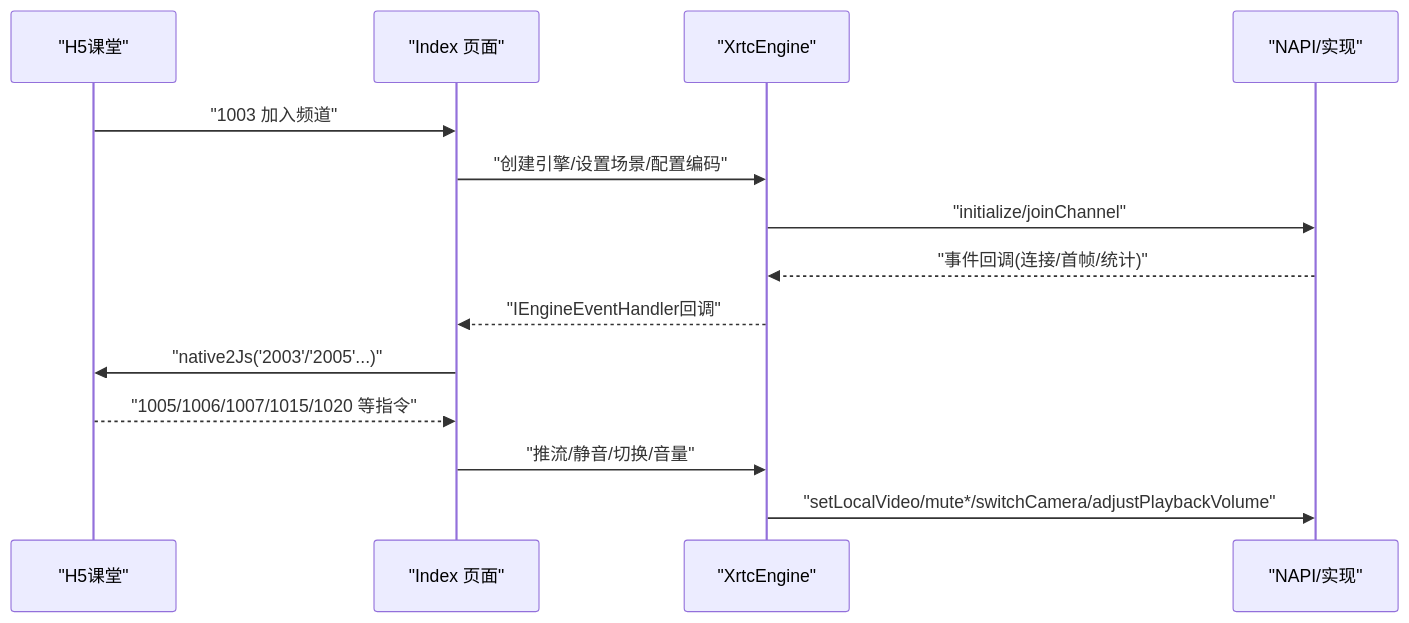
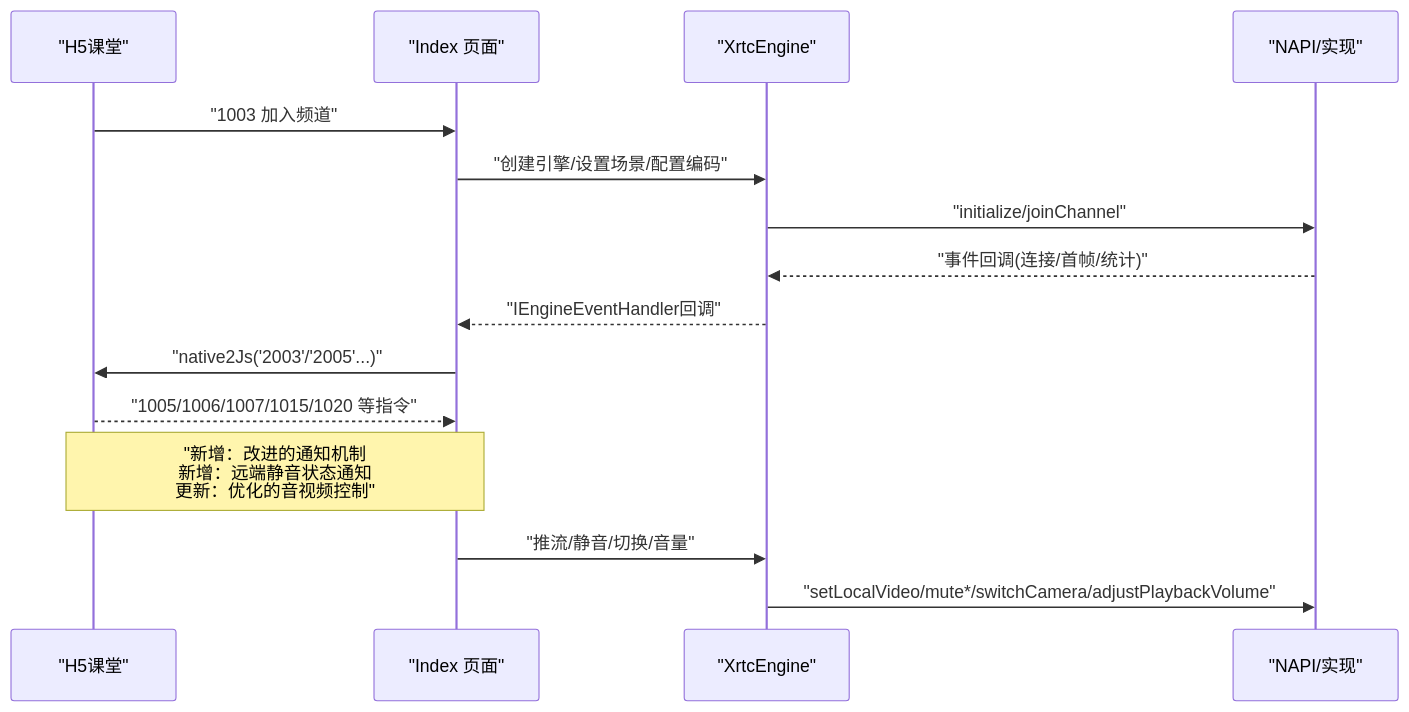
Before and after one commit to huz1xuan/harmony_XDY: the second of 9 diagrams in .qoder/repowiki/zh/content/主要功能模块/音视频通话系统/音视频通话系统.md, drawn with Mermaid. The commit also changed other lines of this file and 15 other files, not shown here.

````diff
--- a/.qoder/repowiki/zh/content/主要功能模块/音视频通话系统/音视频通话系统.md
+++ b/.qoder/repowiki/zh/content/主要功能模块/音视频通话系统/音视频通话系统.md
@@ -87,16 +96,17 @@
 ```mermaid
 sequenceDiagram
 participant H5 as "H5课堂"
 participant Page as "Index 页面"
 participant Engine as "XrtcEngine"
 participant SDK as "NAPI/实现"
 H5->>Page : "1003 加入频道"
 Page->>Engine : "创建引擎/设置场景/配置编码"
 Engine->>SDK : "initialize/joinChannel"
 SDK-->>Engine : "事件回调(连接/首帧/统计)"
 Engine-->>Page : "IEngineEventHandler回调"
 Page->>H5 : "native2Js('2003'/'2005'...)"
 H5-->>Page : "1005/1006/1007/1015/1020 等指令"
+Note over Page,H5 : "新增：改进的通知机制<br/>新增：远端静音状态通知<br/>更新：优化的音视频控制"
 Page->>Engine : "推流/静音/切换/音量"
 Engine->>SDK : "setLocalVideo/mute*/switchCamera/adjustPlaybackVolume"
 ```
````
